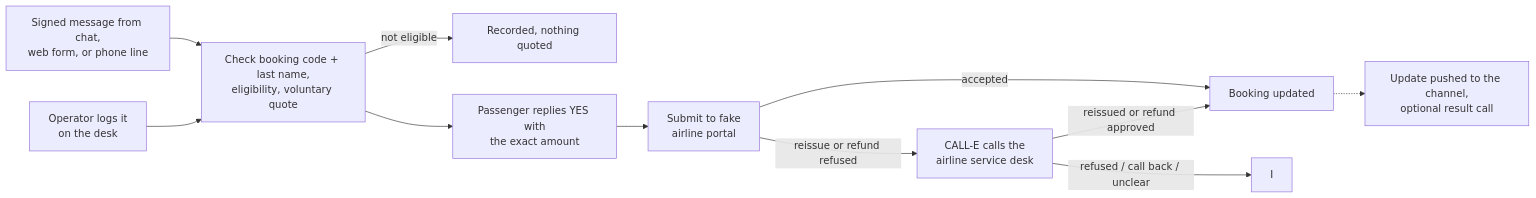
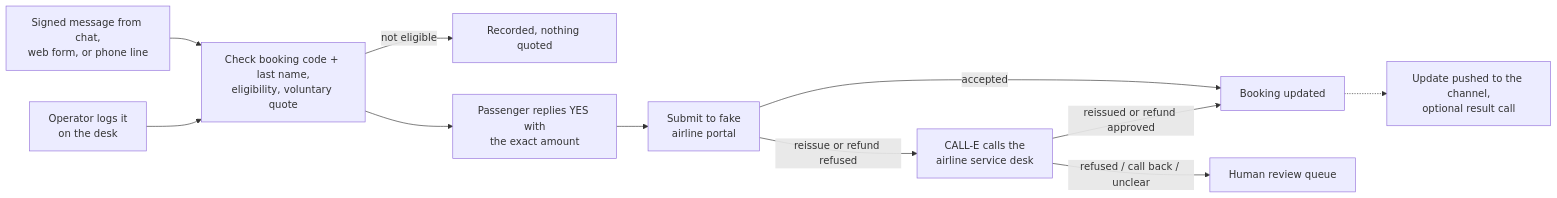
One commit to CALLE-AI/awesome-phone-call-agents changed the second of 2 diagrams in apps/typescript/flight-disruption-agent/README.md. Above: the diagram before and after it, drawn with Mermaid. The commit also changed other lines of this file, not shown here.

Commit message:
docs(flight-disruption-agent): restore the review queue label in the Workflow B diagram
Claude-Session: https://claude.ai/code/session_01DWGaciZBFuhqoLX8RqgPZq

````diff
--- a/apps/typescript/flight-disruption-agent/README.md
+++ b/apps/typescript/flight-disruption-agent/README.md
@@ -140,13 +140,13 @@
 ```mermaid
 flowchart LR
     A["Signed message from chat,<br/>web form, or phone line"] --> B["Check booking code + last name,<br/>eligibility, voluntary quote"]
     O["Operator logs it<br/>on the desk"] --> B
     B -- "not eligible" --> X["Recorded, nothing quoted"]
     B --> C["Passenger replies YES with<br/>the exact amount"]
     C --> D["Submit to fake<br/>airline portal"]
     D -- "accepted" --> E["Booking updated"]
     D -- "reissue or refund refused" --> F["CALL-E calls the<br/>airline service desk"]
     F -- "reissued or refund approved" --> E
-    F -- "refused / call back / unclear" --> I
+    F -- "refused / call back / unclear" --> I["Human review queue"]
     E -.-> G["Update pushed to the channel,<br/>optional result call"]
 ```
````
